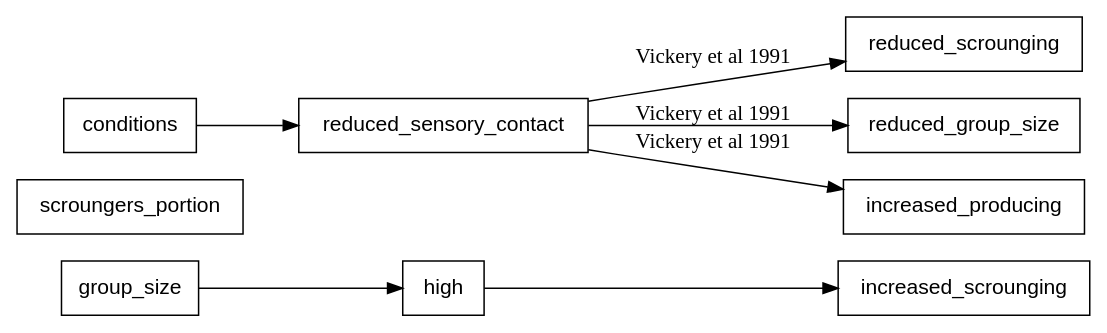
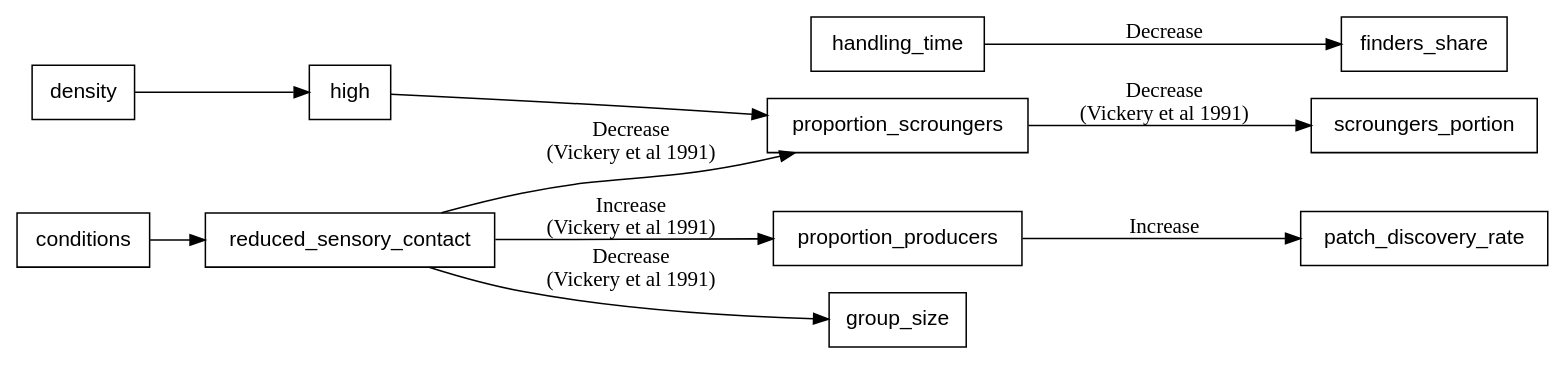
One commit to robitalec/comprehensive-exam changed the diagram in gv/decision-tree.gv. Above: the diagram before and after it, drawn with Graphviz.

Commit message:
more decisions

```diff
--- a/gv/decision-tree.gv
+++ b/gv/decision-tree.gv
@@ -1,20 +1,31 @@
 digraph decision_tree {
 
   graph [fontsize = 12]
   rankdir = LR
 	node [shape = box, fontname = Helvetica]
 
-
-	group_size -> high -> increased_scrounging
-
-	scroungers_portion
+	{rank = same
+		patch_discovery_rate
+		scroungers_portion
+		finders_share
+	}
 
 
-	conditions
+	proportion_producers -> patch_discovery_rate [label = "Increase"]
+
+	density -> high -> proportion_scroungers
+
+	proportion_scroungers -> scroungers_portion [label = "Decrease \n (Vickery et al 1991)"]
+
+
+	handling_time -> finders_share [label = "Decrease "]
+
 
 	conditions -> reduced_sensory_contact
 	reduced_sensory_contact ->
-		{reduced_scrounging reduced_group_size increased_producing} [label = "Vickery et al 1991"]
+		{proportion_scroungers group_size} [label = "Decrease \n (Vickery et al 1991)"]
+	reduced_sensory_contact ->
+		{proportion_producers} [label = "Increase \n (Vickery et al 1991)"]
 
 
 }
```
